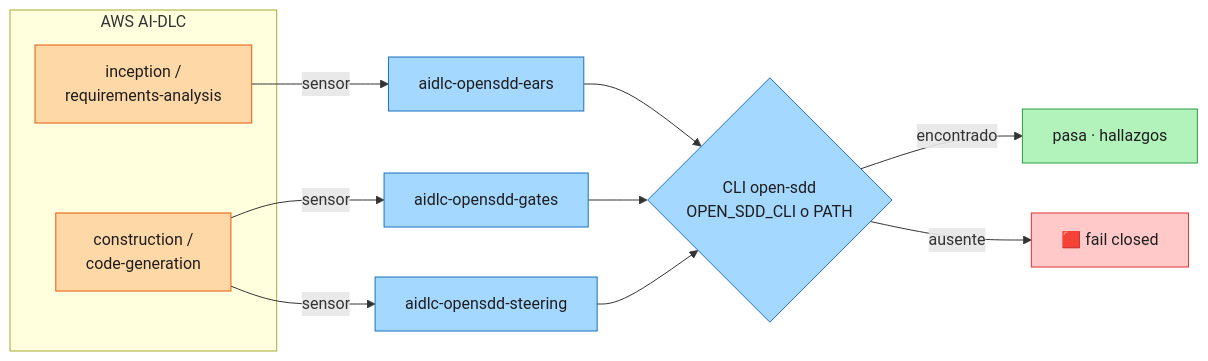
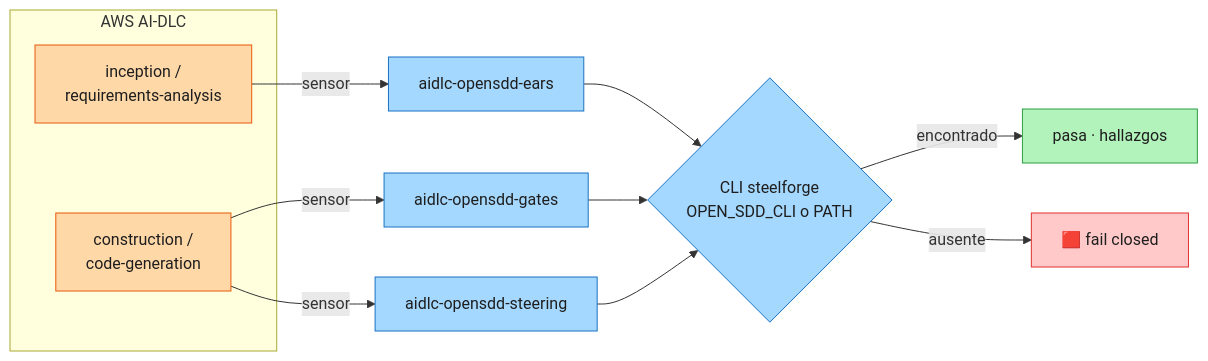
One commit to Brujo2020/OpenSDD changed diagram 12 of 12 in README.es.md. Above: the diagram before and after it, drawn with Mermaid. The commit also changed other lines of this file and 467 other files, not shown here.

````diff
--- a/README.es.md
+++ b/README.es.md
@@ -419,21 +431,21 @@
 ```mermaid
 flowchart LR
   subgraph AIDLC["AWS AI-DLC"]
     IN["inception /<br/>requirements-analysis"]
     CO["construction /<br/>code-generation"]
   end
   IN -- sensor --> S1["aidlc-opensdd-ears"]
   CO -- sensor --> S2["aidlc-opensdd-gates"]
   CO -- sensor --> S3["aidlc-opensdd-steering"]
-  S1 & S2 & S3 --> CLI{"CLI open-sdd<br/>OPEN_SDD_CLI o PATH"}
+  S1 & S2 & S3 --> CLI{"CLI steelforge<br/>OPEN_SDD_CLI o PATH"}
   CLI -- encontrado --> RES["pasa · hallazgos"]
   CLI -- ausente --> FC["🟥 fail closed"]
   classDef aw fill:#ffd8a8,stroke:#e8590c,color:#1e1e1e
   classDef s fill:#a5d8ff,stroke:#1971c2,color:#1e1e1e
   classDef ok fill:#b2f2bb,stroke:#2f9e44,color:#1e1e1e
   classDef bad fill:#ffc9c9,stroke:#e03131,color:#1e1e1e
   class IN,CO aw
   class S1,S2,S3,CLI s
   class RES ok
   class FC bad
 ```
````
